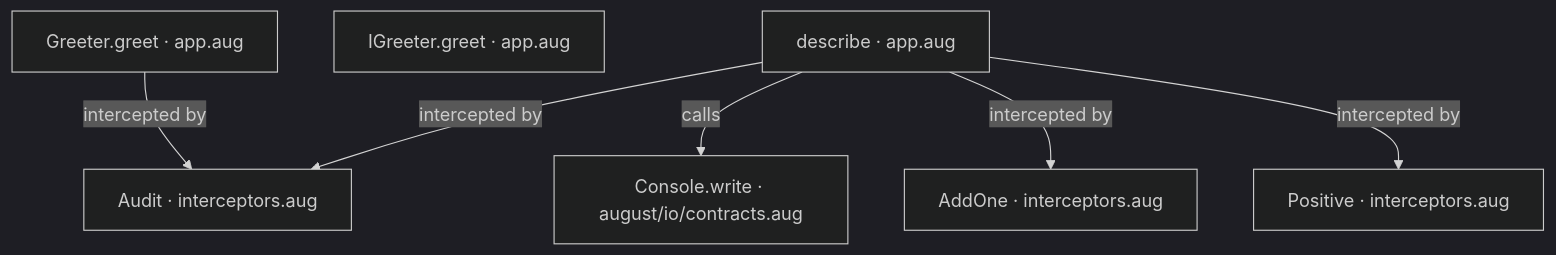
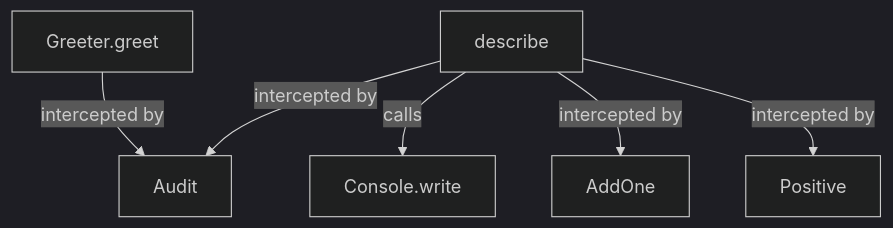
One commit to GreenPandaStudios/augscript changed the second of 3 diagrams in docs/examples/interceptors/app-diagrams.md. Above: the diagram before and after it, drawn with Mermaid (dark theme). The commit also changed other lines of this file and 524 other files, not shown here.

Commit message:
Explain checked data flow at folder and service levels

````diff
--- a/docs/examples/interceptors/app-diagrams.md
+++ b/docs/examples/interceptors/app-diagrams.md
@@ -46,15 +46,14 @@
 ```mermaid
 flowchart TD
-    n0["Greeter.greet · app.aug"]
-    n1["IGreeter.greet · app.aug"]
-    n2["describe · app.aug"]
-    n3["Console.write · august/io/contracts.aug"]
-    n4["AddOne · interceptors.aug"]
-    n5["Audit · interceptors.aug"]
-    n6["Positive · interceptors.aug"]
-    n0 -->|"intercepted by"| n5
-    n2 -->|"calls"| n3
-    n2 -->|"intercepted by"| n4
-    n2 -->|"intercepted by"| n5
-    n2 -->|"intercepted by"| n6
+    n0["Greeter.greet"]
+    n1["describe"]
+    n2["Console.write"]
+    n3["AddOne"]
+    n4["Audit"]
+    n5["Positive"]
+    n0 -->|"intercepted by"| n4
+    n1 -->|"calls"| n2
+    n1 -->|"intercepted by"| n3
+    n1 -->|"intercepted by"| n4
+    n1 -->|"intercepted by"| n5
 ```
````
